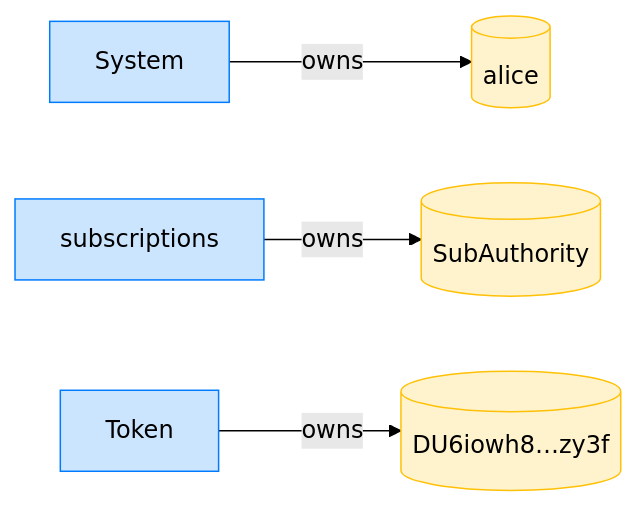
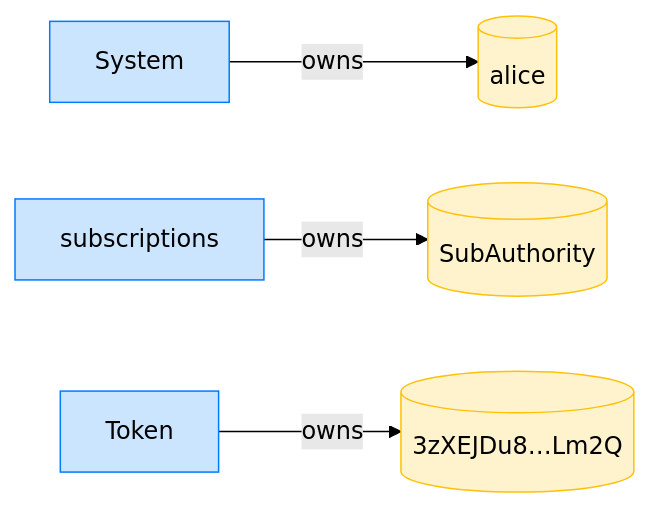
One commit to cds-rs/subscriptions changed the fourth of 12 diagrams in dsl_tests/revoke-a-subscription-without-cancelling-is-rejected.md. Above: the diagram before and after it, drawn with Mermaid (forest theme). The commit also changed other lines of this file and 224 other files, not shown here.

````diff
--- a/dsl_tests/revoke-a-subscription-without-cancelling-is-rejected.md
+++ b/dsl_tests/revoke-a-subscription-without-cancelling-is-rejected.md
@@ -73,14 +78,14 @@
 ```mermaid
 flowchart LR
     classDef owner fill:#cce5ff,stroke:#007bff;
     classDef account fill:#fff3cd,stroke:#ffc107;
     System[System]:::owner
     alice[(alice)]:::account
     subscriptions[subscriptions]:::owner
     SubAuthority[(SubAuthority)]:::account
     Token[Token]:::owner
-    DU6iowh8_zy3f[("DU6iowh8…zy3f")]:::account
+    3zXEJDu8_Lm2Q[("3zXEJDu8…Lm2Q")]:::account
     System -->|owns| alice
     subscriptions -->|owns| SubAuthority
-    Token -->|owns| DU6iowh8_zy3f
+    Token -->|owns| 3zXEJDu8_Lm2Q
 ```
````
